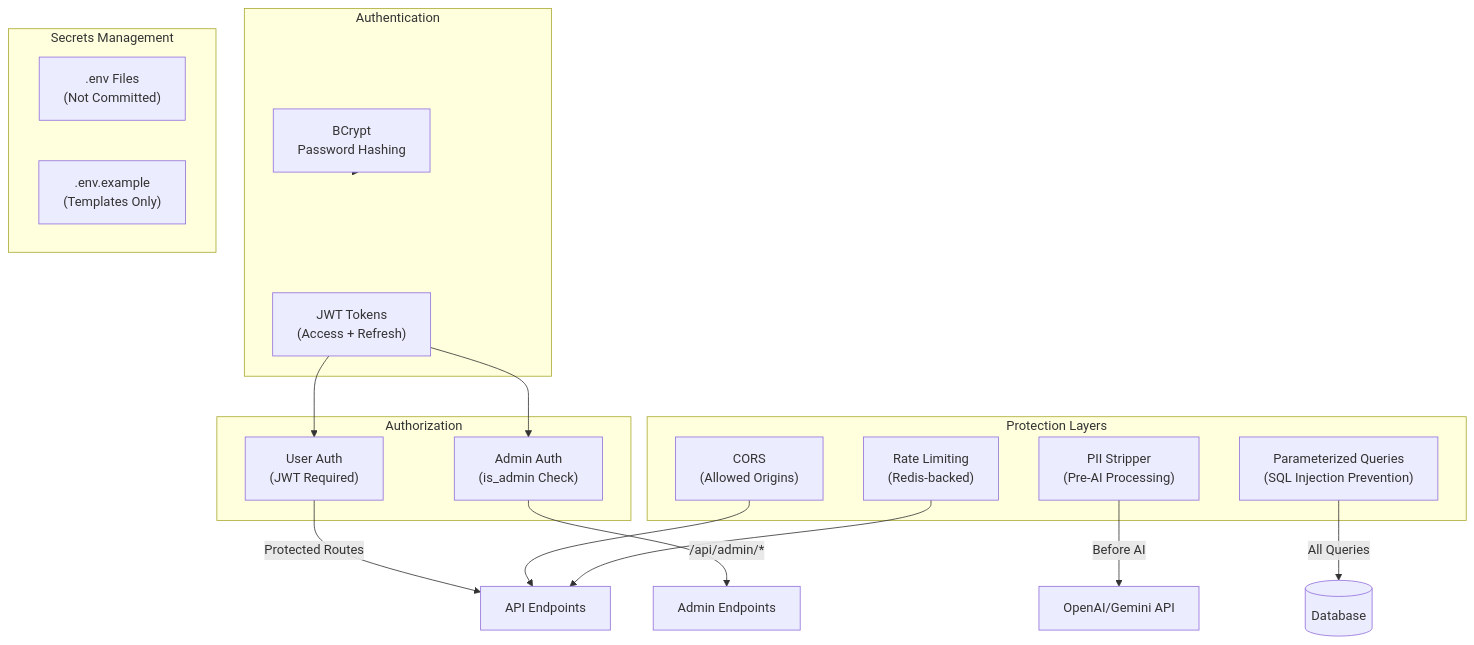
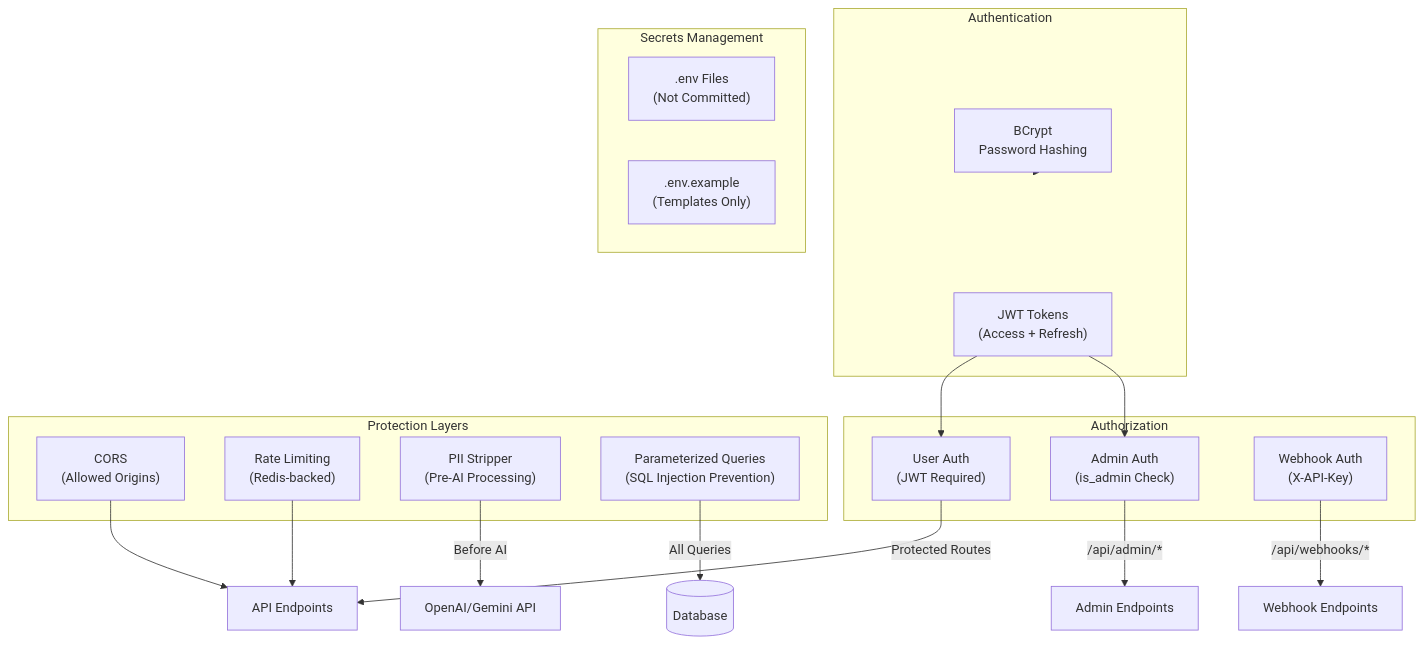
One commit to Sungchunn/AI-Resume-Tailor changed diagram 31 of 33 in docs/architecture/system-architecture.md. Above: the diagram before and after it, drawn with Mermaid. The commit also changed other lines of this file, not shown here.

First line of the commit message:
docs: update system architecture with webhook integration and schema corrections

````diff
--- a/docs/architecture/system-architecture.md
+++ b/docs/architecture/system-architecture.md
@@ -1814,36 +1887,38 @@
 ```mermaid
 flowchart TB
     subgraph Auth["Authentication"]
         JWT["JWT Tokens<br/>(Access + Refresh)"]
         BCrypt["BCrypt<br/>Password Hashing"]
     end
 
     subgraph Authorization["Authorization"]
         UserAuth["User Auth<br/>(JWT Required)"]
         AdminAuth["Admin Auth<br/>(is_admin Check)"]
+        WebhookAuth["Webhook Auth<br/>(X-API-Key)"]
     end
 
     subgraph Protection["Protection Layers"]
         CORS["CORS<br/>(Allowed Origins)"]
         RateLimit["Rate Limiting<br/>(Redis-backed)"]
         PII["PII Stripper<br/>(Pre-AI Processing)"]
         Param["Parameterized Queries<br/>(SQL Injection Prevention)"]
     end
 
     subgraph Secrets["Secrets Management"]
         Env[".env Files<br/>(Not Committed)"]
         Example[".env.example<br/>(Templates Only)"]
     end
 
     JWT --> UserAuth
     JWT --> AdminAuth
     BCrypt --> Auth
 
     UserAuth --> |"Protected Routes"| API["API Endpoints"]
     AdminAuth --> |"/api/admin/*"| AdminAPI["Admin Endpoints"]
+    WebhookAuth --> |"/api/webhooks/*"| WebhookAPI["Webhook Endpoints"]
 
     CORS --> API
     RateLimit --> API
     PII --> |"Before AI"| AIProvider["OpenAI/Gemini API"]
     Param --> |"All Queries"| DB[(Database)]
 ```
````
